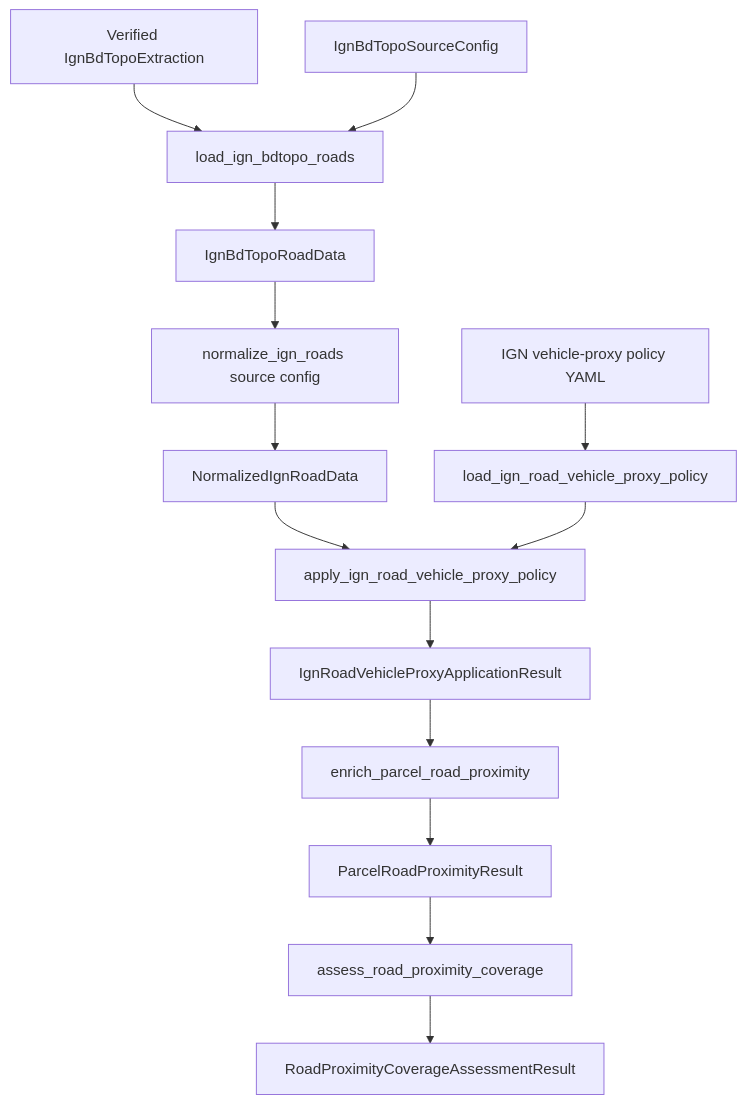
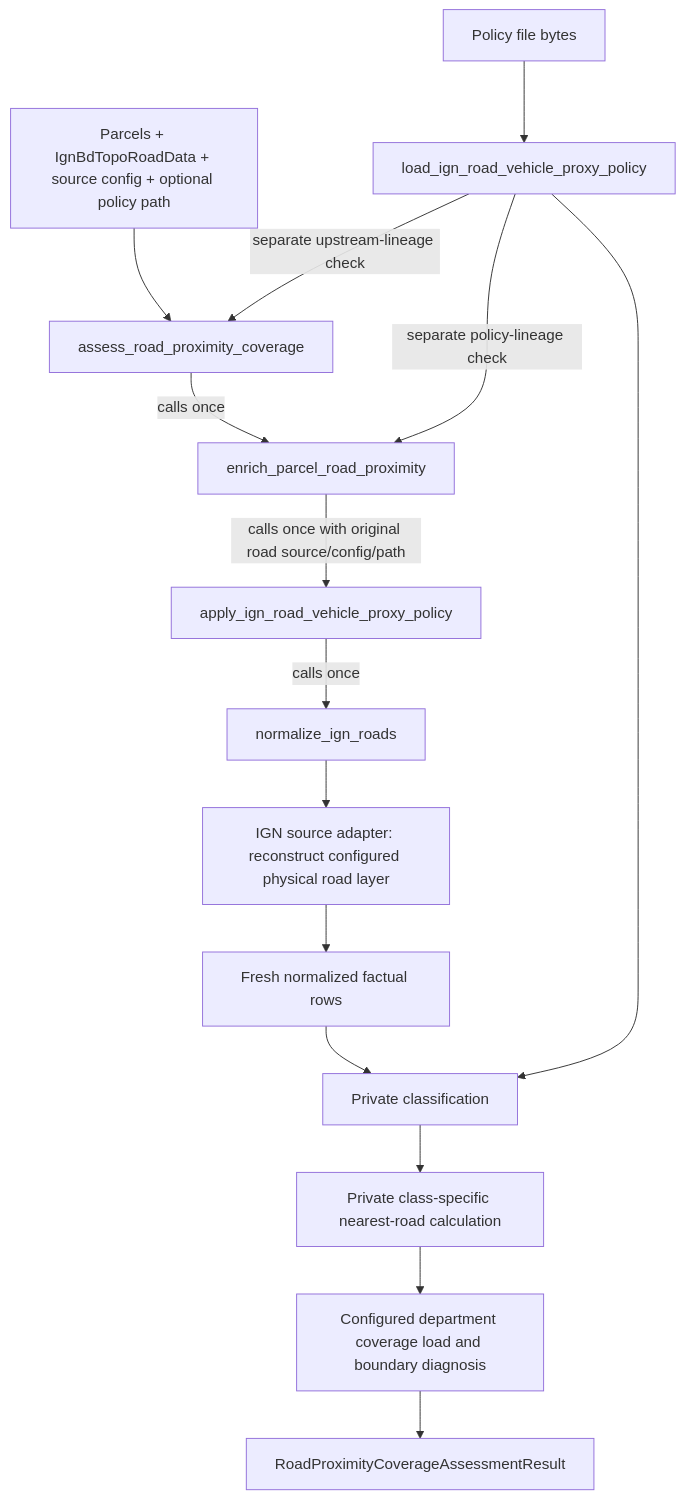
Before and after one commit to hmsouhaib/landscout-ai: the diagram in docs/code/ROAD_PIPELINE.md, drawn with Mermaid. The commit also changed other lines of this file and 138 other files, not shown here.

````diff
--- a/docs/code/ROAD_PIPELINE.md
+++ b/docs/code/ROAD_PIPELINE.md
@@ -5,16 +5,17 @@
 ```mermaid
 flowchart TD
-    Extract[Verified IgnBdTopoExtraction] --> Load[load_ign_bdtopo_roads]
-    Config[IgnBdTopoSourceConfig] --> Load
-    Load --> Source[IgnBdTopoRoadData]
-    Source --> Normalize[normalize_ign_roads source config]
-    Normalize --> Facts[NormalizedIgnRoadData]
-    PolicyYaml[IGN vehicle-proxy policy YAML] --> Compile[load_ign_road_vehicle_proxy_policy]
-    Facts --> Apply[apply_ign_road_vehicle_proxy_policy]
-    Compile --> Apply
-    Apply --> Classified[IgnRoadVehicleProxyApplicationResult]
-    Classified --> Proximity[enrich_parcel_road_proximity]
-    Proximity --> ParcelResult[ParcelRoadProximityResult]
-    ParcelResult --> Coverage[assess_road_proximity_coverage]
-    Coverage --> Diagnostic[RoadProximityCoverageAssessmentResult]
+    Inputs[Parcels + IgnBdTopoRoadData + source config + optional policy path] --> Coverage[assess_road_proximity_coverage]
+    Coverage -->|calls once| Proximity[enrich_parcel_road_proximity]
+    Proximity -->|calls once with original road source/config/path| Apply[apply_ign_road_vehicle_proxy_policy]
+    Apply -->|calls once| Normalize[normalize_ign_roads]
+    Normalize --> Revalidate[IGN source adapter: reconstruct configured physical road layer]
+    Revalidate --> Facts[Fresh normalized factual rows]
+    Facts --> Classify[Private classification]
+    PolicyYaml[Policy file bytes] --> Reload[load_ign_road_vehicle_proxy_policy]
+    Reload --> Classify
+    Reload -->|separate policy-lineage check| Proximity
+    Reload -->|separate upstream-lineage check| Coverage
+    Classify --> Distances[Private class-specific nearest-road calculation]
+    Distances --> Boundary[Configured department coverage load and boundary diagnosis]
+    Boundary --> Diagnostic[RoadProximityCoverageAssessmentResult]
 ```
````
